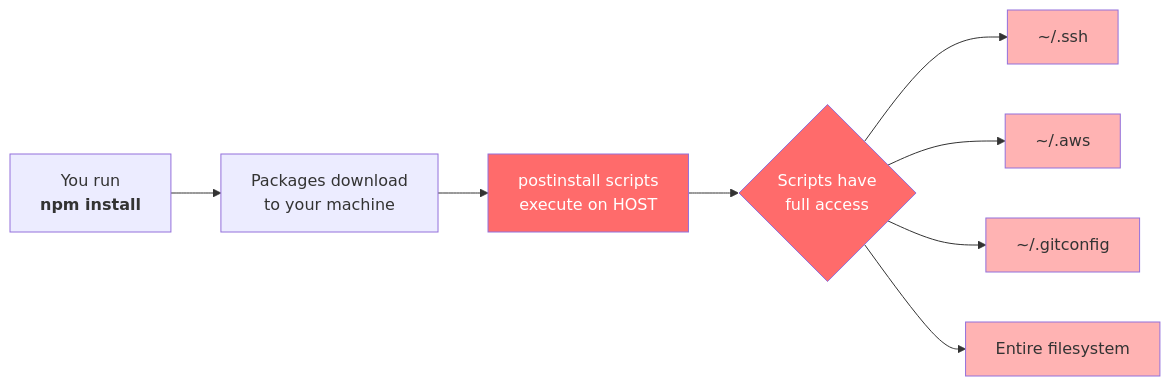
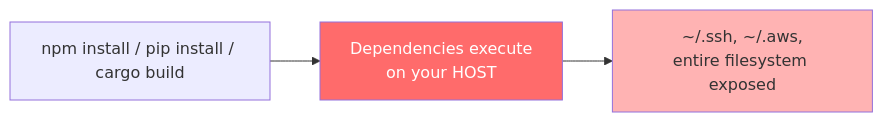
The first of 3 diagrams in README.md (bizmindx/pv3-cli), drawn with Mermaid before and after one commit. The commit also changed other lines of this file, not shown here.

Commit message:
Simplify README, reduce diagrams and remove over-explanation

````diff
--- a/README.md
+++ b/README.md
@@ -15,17 +13,8 @@
 ```mermaid
 flowchart LR
-    A[You run<br><b>npm install</b>] --> B[Packages download<br>to your machine]
-    B --> C[postinstall scripts<br>execute on HOST]
-    C --> D{Scripts have<br>full access}
-    D --> E[~/.ssh]
-    D --> F[~/.aws]
-    D --> G[~/.gitconfig]
-    D --> H[Entire filesystem]
+    A["npm install / pip install / cargo build"] --> B["Dependencies execute<br>on your HOST"]
+    B --> C["~/.ssh, ~/.aws,<br>entire filesystem exposed"]
 
-    style C fill:#ff6b6b,color:#fff
-    style D fill:#ff6b6b,color:#fff
-    style E fill:#ffb3b3
-    style F fill:#ffb3b3
-    style G fill:#ffb3b3
-    style H fill:#ffb3b3
+    style B fill:#ff6b6b,color:#fff
+    style C fill:#ffb3b3
 ```
````
